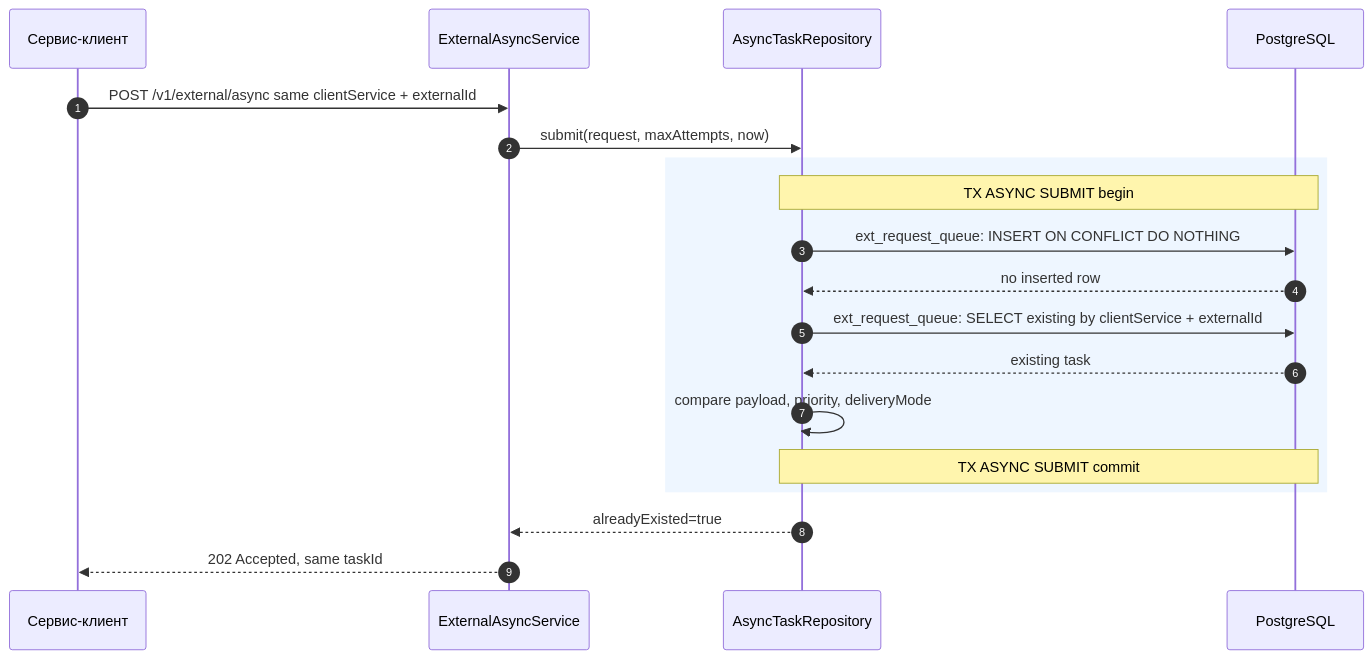
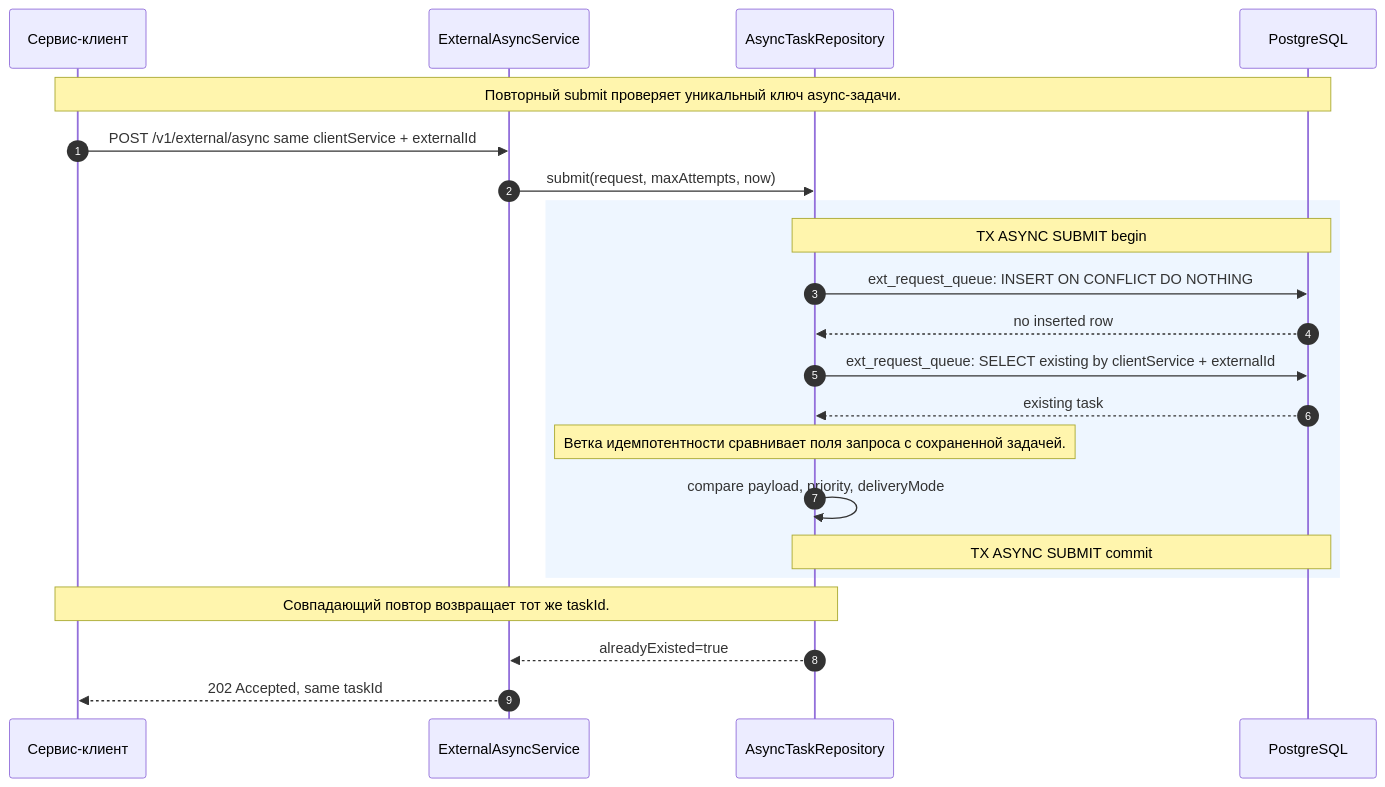
One commit to DenisVanin4402/TestQwenCli changed the second of 12 diagrams in docs/external-service-gateway/architecture/06-sequence-async.md. Above: the diagram before and after it, drawn with Mermaid. The commit also changed other lines of this file and 2 other files, not shown here.

Commit message:
диаграммы обновлены детализацией sequence

````diff
--- a/docs/external-service-gateway/architecture/06-sequence-async.md
+++ b/docs/external-service-gateway/architecture/06-sequence-async.md
@@ -37,22 +59,25 @@
 ```mermaid
 sequenceDiagram
     autonumber
     participant Client as Сервис-клиент
     participant Service as ExternalAsyncService
     participant Repo as AsyncTaskRepository
     participant DB as PostgreSQL
 
+    Note over Client,DB: Повторный submit проверяет уникальный ключ async-задачи.
     Client->>Service: POST /v1/external/async same clientService + externalId
     Service->>Repo: submit(request, maxAttempts, now)
     rect rgb(238, 246, 255)
         Note over Repo,DB: TX ASYNC SUBMIT begin
         Repo->>DB: ext_request_queue: INSERT ON CONFLICT DO NOTHING
         DB-->>Repo: no inserted row
         Repo->>DB: ext_request_queue: SELECT existing by clientService + externalId
         DB-->>Repo: existing task
+        Note over Repo: Ветка идемпотентности сравнивает поля запроса с сохраненной задачей.
         Repo->>Repo: compare payload, priority, deliveryMode
         Note over Repo,DB: TX ASYNC SUBMIT commit
     end
+    Note over Repo,Client: Совпадающий повтор возвращает тот же taskId.
     Repo-->>Service: alreadyExisted=true
     Service-->>Client: 202 Accepted, same taskId
 ```
````
